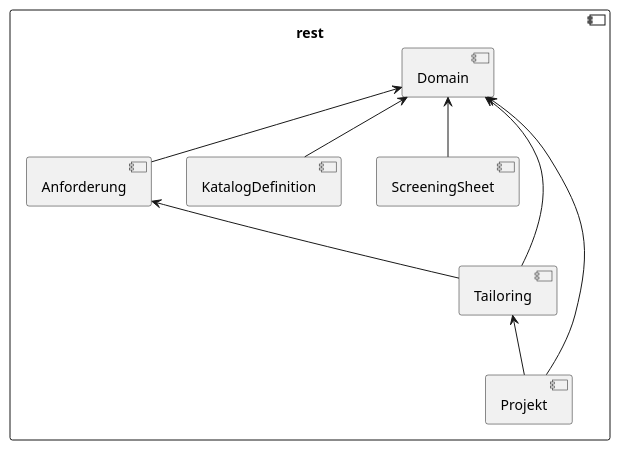
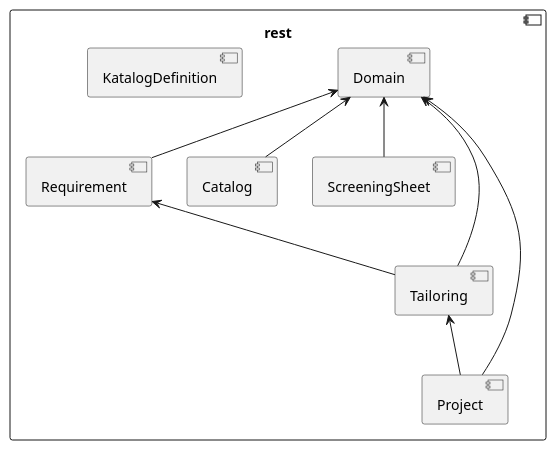
The diagram in src/site/arc42/plantuml/rest/Ebene2.plantuml (tailoringexpert/platform), drawn with PlantUML before and after one commit. The commit also changed 391 other files, not shown here.

```diff
--- a/src/site/arc42/plantuml/rest/Ebene2.plantuml
+++ b/src/site/arc42/plantuml/rest/Ebene2.plantuml
@@ -1,27 +1,27 @@
 @startuml Ebene2.png
 
 skinparam componentStyle uml2
 
 component [rest] {
 
     [Domain]
 
-    [Anforderung]
-    [Domain] <-- [Anforderung]
+    [Requirement]
+    [Domain] <-- [Requirement]
 
     [KatalogDefinition]
-    [Domain] <-- [KatalogDefinition]
+    [Domain] <-- [Catalog]
 
     [ScreeningSheet]
     [Domain] <-- [ScreeningSheet]
 
     [Tailoring]
     [Domain] <-- [Tailoring]
-    [Anforderung] <-- [Tailoring]
+    [Requirement] <-- [Tailoring]
 
-    [Projekt]
-    [Domain] <-- [Projekt]
-    [Tailoring] <-- [Projekt]
+    [Project]
+    [Domain] <-- [Project]
+    [Tailoring] <-- [Project]
 
 }
 @enduml
```
